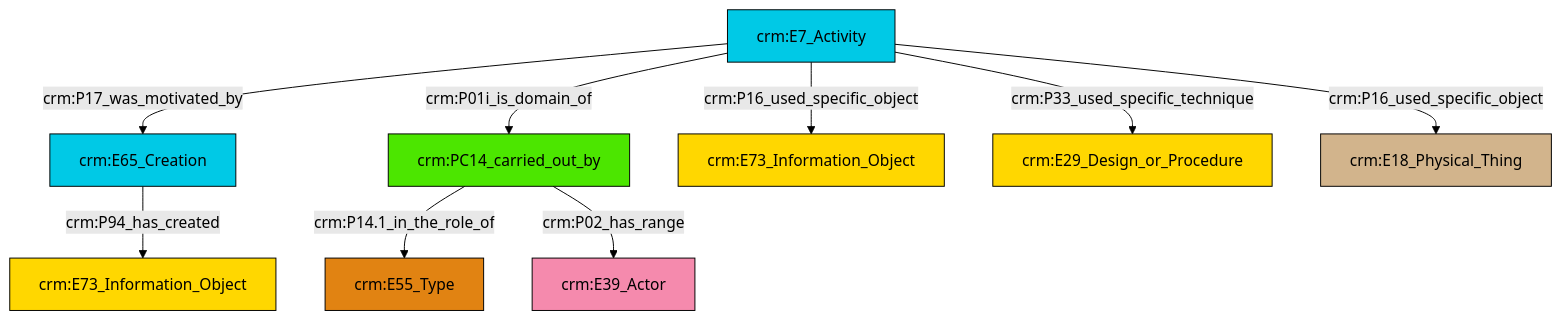
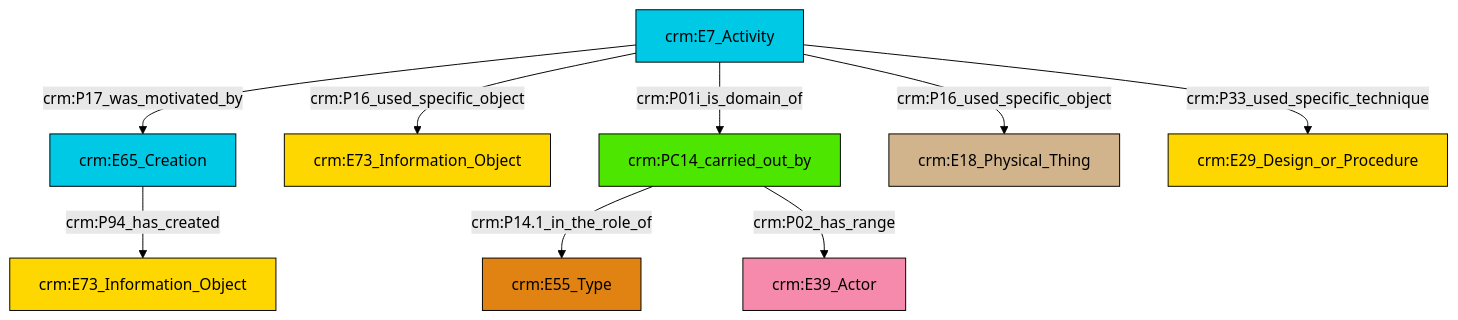
Before and after one commit to ncarboni/srdm: the diagram in et/eventCSV/ttl/mmd/event_participation.ttl.mmd, drawn with Mermaid (forest theme). The commit also changed 127 other files, not shown here.

```diff
--- a/et/eventCSV/ttl/mmd/event_participation.ttl.mmd
+++ b/et/eventCSV/ttl/mmd/event_participation.ttl.mmd
@@ -1,23 +1,23 @@
 graph TD
 classDef Literal fill:#f2f2f2,stroke:#000000;
 classDef CRM_Entity fill:#FFFFFF,stroke:#000000;
 classDef Temporal_Entity fill:#00C9E6, stroke:#000000;
 classDef Type fill:#E18312, stroke:#000000;
 classDef Time-Span fill:#2C9C91, stroke:#000000;
 classDef Appellation fill:#FFEB7F, stroke:#000000;
 classDef Place fill:#008836, stroke:#000000;
 classDef Persistent_Item fill:#B266B2, stroke:#000000;
 classDef Conceptual_Object fill:#FFD700, stroke:#000000;
 classDef Physical_Thing fill:#D2B48C, stroke:#000000;
 classDef Actor fill:#f58aad, stroke:#000000;
 classDef PC_Classes fill:#4ce600, stroke:#000000;
 classDef Multi fill:#cccccc,stroke:#000000;
 
-0["crm:E7_Activity"]:::Temporal_Entity -->|crm:P17_was_motivated_by| 1["crm:E65_Creation"]:::Temporal_Entity
-2["crm:PC14_carried_out_by"]:::PC_Classes -->|crm:P14.1_in_the_role_of| 3["crm:E55_Type"]:::Type
-0["crm:E7_Activity"]:::Temporal_Entity -->|crm:P01i_is_domain_of| 2["crm:PC14_carried_out_by"]:::PC_Classes
-0["crm:E7_Activity"]:::Temporal_Entity -->|crm:P33_used_specific_technique| 9["crm:E29_Design_or_Procedure"]:::Conceptual_Object
-2["crm:PC14_carried_out_by"]:::PC_Classes -->|crm:P02_has_range| 10["crm:E39_Actor"]:::Actor
-1["crm:E65_Creation"]:::Temporal_Entity -->|crm:P94_has_created| 7["crm:E73_Information_Object"]:::Conceptual_Object
-0["crm:E7_Activity"]:::Temporal_Entity -->|crm:P16_used_specific_object| 5["crm:E73_Information_Object"]:::Conceptual_Object
-0["crm:E7_Activity"]:::Temporal_Entity -->|crm:P16_used_specific_object| 11["crm:E18_Physical_Thing"]:::Physical_Thing
+0["crm:E65_Creation"]:::Temporal_Entity -->|crm:P94_has_created| 1["crm:E73_Information_Object"]:::Conceptual_Object
+2["crm:E7_Activity"]:::Temporal_Entity -->|crm:P17_was_motivated_by| 0["crm:E65_Creation"]:::Temporal_Entity
+2["crm:E7_Activity"]:::Temporal_Entity -->|crm:P16_used_specific_object| 3["crm:E73_Information_Object"]:::Conceptual_Object
+8["crm:PC14_carried_out_by"]:::PC_Classes -->|crm:P14.1_in_the_role_of| 16["crm:E55_Type"]:::Type
+2["crm:E7_Activity"]:::Temporal_Entity -->|crm:P01i_is_domain_of| 8["crm:PC14_carried_out_by"]:::PC_Classes
+8["crm:PC14_carried_out_by"]:::PC_Classes -->|crm:P02_has_range| 5["crm:E39_Actor"]:::Actor
+2["crm:E7_Activity"]:::Temporal_Entity -->|crm:P16_used_specific_object| 12["crm:E18_Physical_Thing"]:::Physical_Thing
+2["crm:E7_Activity"]:::Temporal_Entity -->|crm:P33_used_specific_technique| 14["crm:E29_Design_or_Procedure"]:::Conceptual_Object
```
